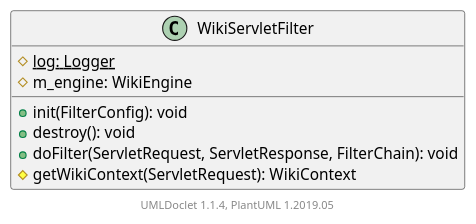
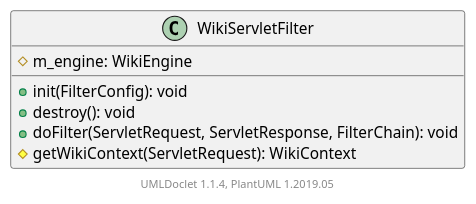
The diagram in apidocs/2.11.0.M7-SNAPSHOT/org/apache/wiki/ui/WikiServletFilter.puml (apache/jspwiki-site), drawn with PlantUML before and after one commit. The commit also changed 1630 other files, not shown here.

```diff
--- a/apidocs/2.11.0.M7-SNAPSHOT/org/apache/wiki/ui/WikiServletFilter.puml
+++ b/apidocs/2.11.0.M7-SNAPSHOT/org/apache/wiki/ui/WikiServletFilter.puml
@@ -1,14 +1,13 @@
 @startuml
 
     class WikiServletFilter [[WikiServletFilter.html]] {
-        {static} #log: Logger
         #m_engine: WikiEngine
         +init(FilterConfig): void
         +destroy(): void
         +doFilter(ServletRequest, ServletResponse, FilterChain): void
         #getWikiContext(ServletRequest): WikiContext
     }
 
 
     center footer UMLDoclet 1.1.4, PlantUML 1.2019.05
 @enduml
```
